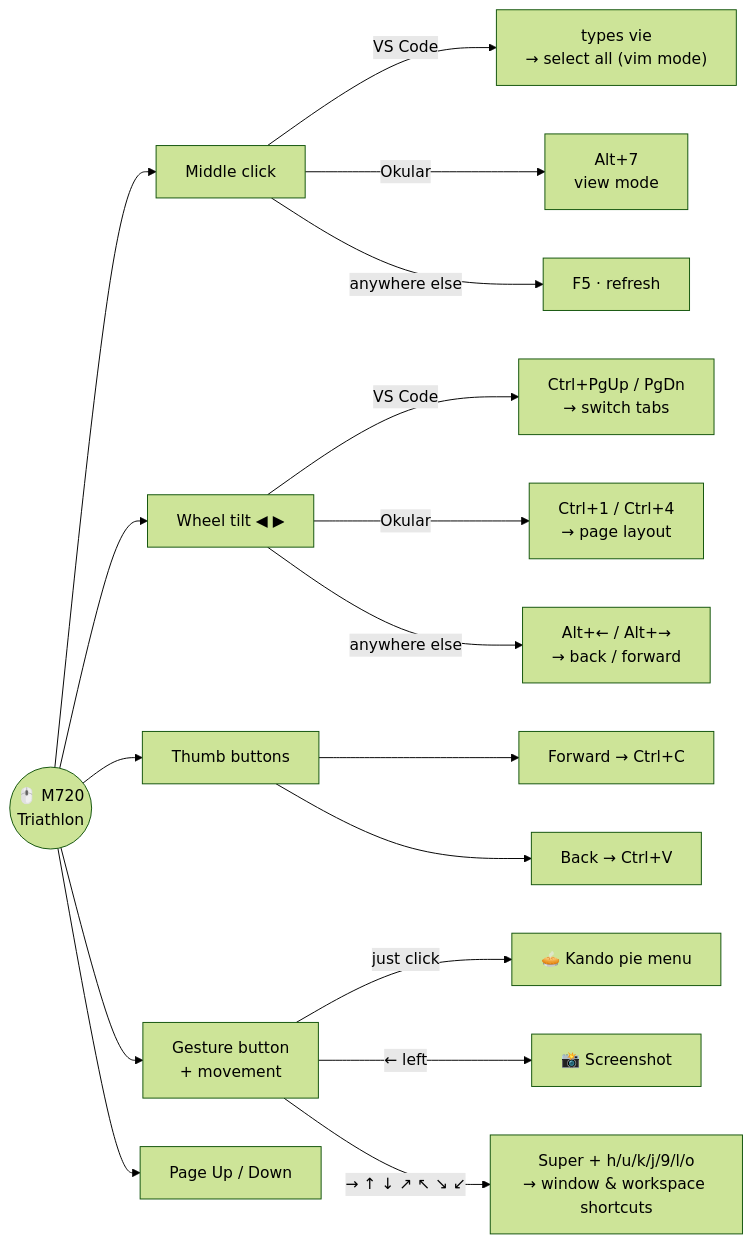
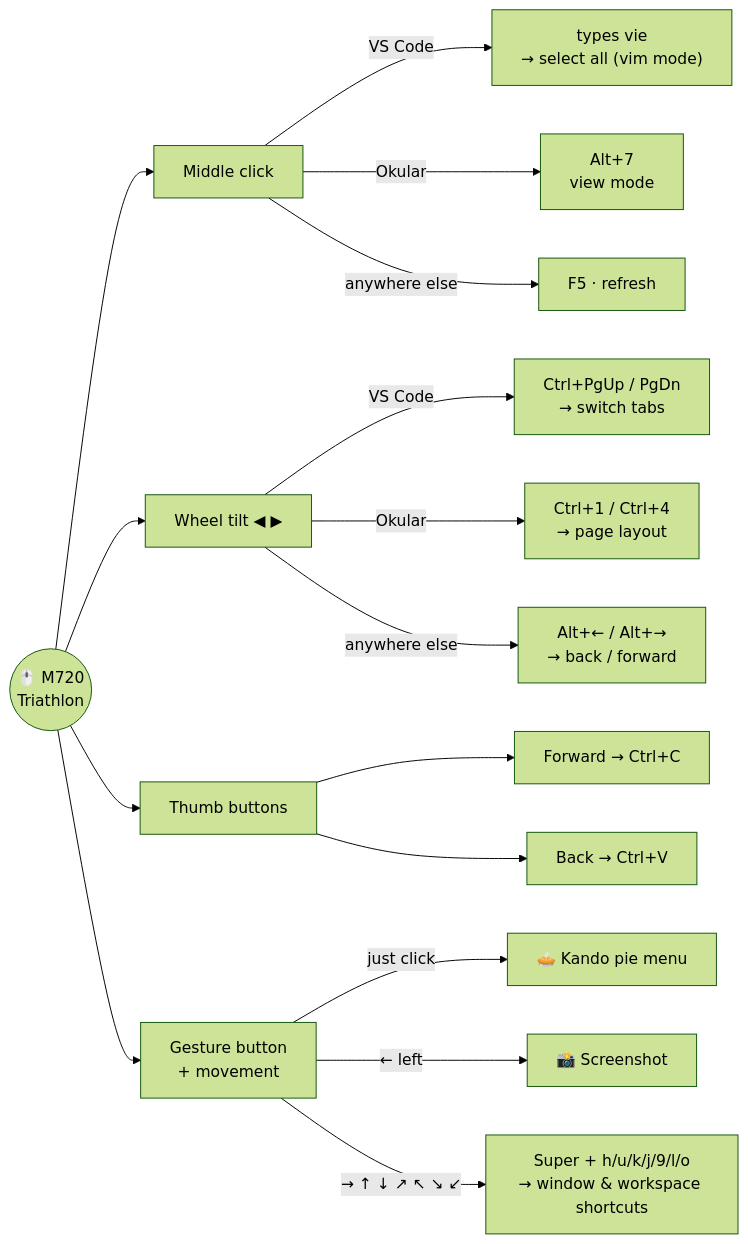
Before and after one commit to Victor-0liveira/dotfiles: the second of 3 diagrams in README.md, drawn with Mermaid (forest theme).

````diff
--- a/README.md
+++ b/README.md
@@ -106,26 +106,26 @@
 ```mermaid
 flowchart LR
     M(("🖱️ M720<br/>Triathlon"))
 
     M --> MID["Middle click"]
     M --> TILT["Wheel tilt ◀ ▶"]
     M --> THUMB["Thumb buttons"]
     M --> GEST["Gesture button<br/>+ movement"]
-    M --> PG["Page Up / Down"]
+   
 
     MID -->|"VS Code"| V1["types vie<br/>→ select all (vim mode)"]
     MID -->|"Okular"| O1["Alt+7<br/>view mode"]
     MID -->|"anywhere else"| G1["F5 · refresh"]
 
     TILT -->|"VS Code"| V2["Ctrl+PgUp / PgDn<br/>→ switch tabs"]
     TILT -->|"Okular"| O2["Ctrl+1 / Ctrl+4<br/>→ page layout"]
     TILT -->|"anywhere else"| G2["Alt+← / Alt+→<br/>→ back / forward"]
 
     THUMB --> T1["Forward → Ctrl+C"]
     THUMB --> T2["Back → Ctrl+V"]
 
 
     GEST -->|"just click"| K["🥧 Kando pie menu"]
     GEST -->|"← left"| S1["📸 Screenshot"]
     GEST -->|"→ ↑ ↓ ↗ ↖ ↘ ↙"| S2["Super + h/u/k/j/9/l/o<br/>→ window & workspace shortcuts"]
 ```
````
